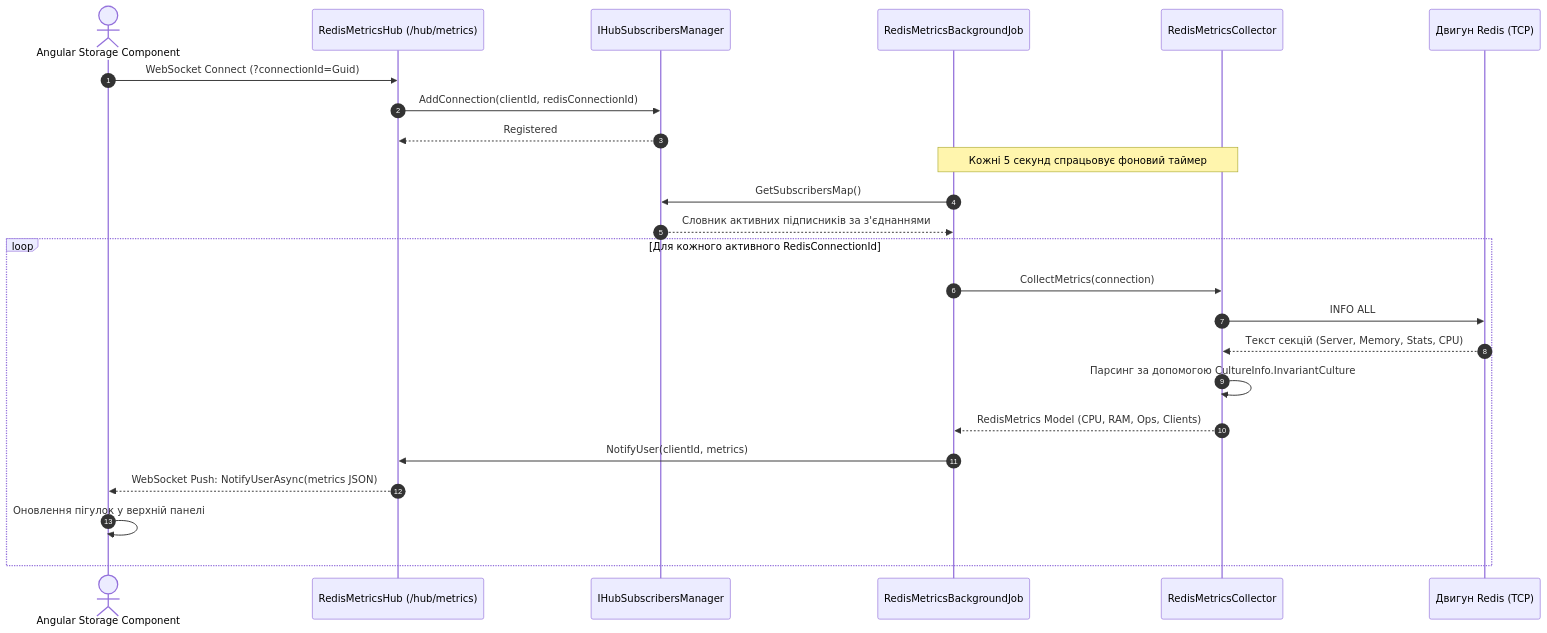
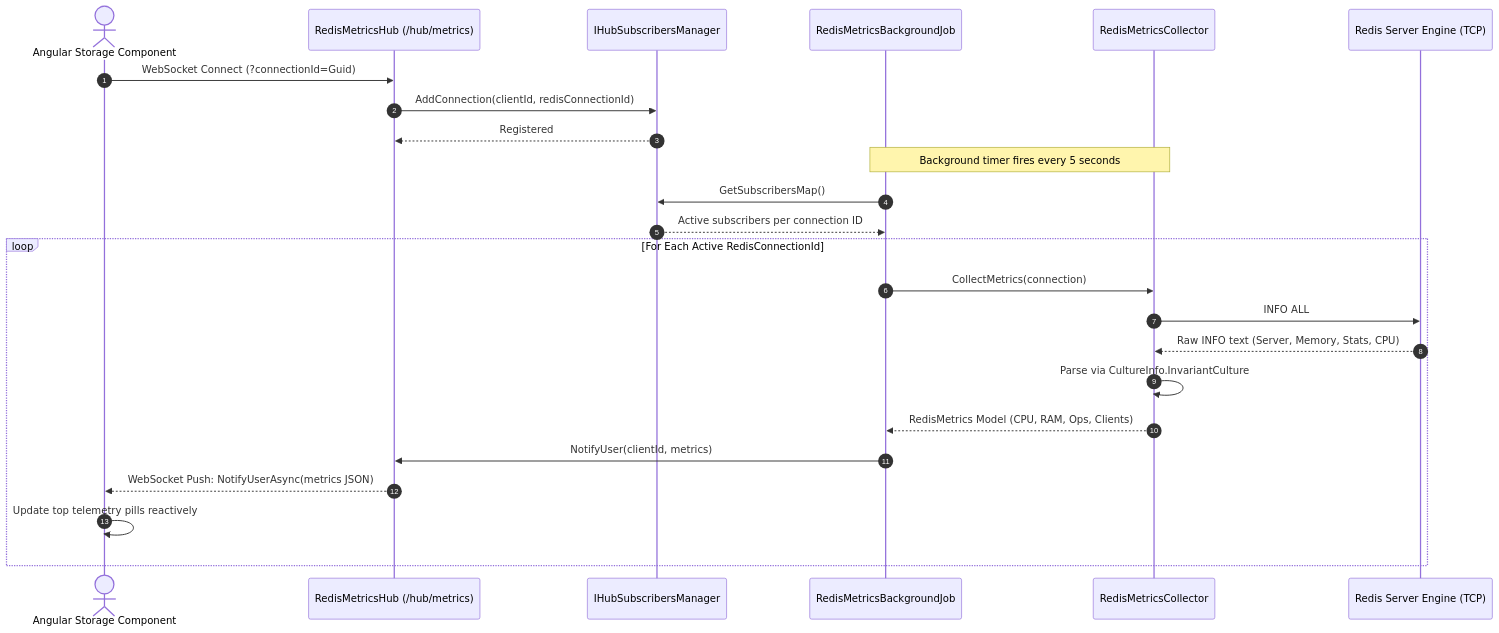
One commit to dellik95/redis-gui changed the fifth of 8 diagrams in docs/diagrams.md. Above: the diagram before and after it, drawn with Mermaid. The commit also changed other lines of this file and 30 other files, not shown here.

````diff
--- a/docs/diagrams.md
+++ b/docs/diagrams.md
@@ -189,29 +189,29 @@
 ```mermaid
 sequenceDiagram
     autonumber
     actor Client as Angular Storage Component
     participant Hub as RedisMetricsHub (/hub/metrics)
     participant SubMgr as IHubSubscribersManager
     participant BgJob as RedisMetricsBackgroundJob
     participant Collector as RedisMetricsCollector
-    participant Redis as Двигун Redis (TCP)
+    participant Redis as Redis Server Engine (TCP)
 
     Client->>Hub: WebSocket Connect (?connectionId=Guid)
     Hub->>SubMgr: AddConnection(clientId, redisConnectionId)
     SubMgr-->>Hub: Registered
 
-    Note over BgJob,Collector: Кожні 5 секунд спрацьовує фоновий таймер
+    Note over BgJob,Collector: Background timer fires every 5 seconds
     BgJob->>SubMgr: GetSubscribersMap()
-    SubMgr-->>BgJob: Словник активних підписників за з'єднаннями
+    SubMgr-->>BgJob: Active subscribers per connection ID
 
-    loop Для кожного активного RedisConnectionId
+    loop For Each Active RedisConnectionId
         BgJob->>Collector: CollectMetrics(connection)
         Collector->>Redis: INFO ALL
-        Redis-->>Collector: Текст секцій (Server, Memory, Stats, CPU)
-        Collector->>Collector: Парсинг за допомогою CultureInfo.InvariantCulture
+        Redis-->>Collector: Raw INFO text (Server, Memory, Stats, CPU)
+        Collector->>Collector: Parse via CultureInfo.InvariantCulture
         Collector-->>BgJob: RedisMetrics Model (CPU, RAM, Ops, Clients)
         BgJob->>Hub: NotifyUser(clientId, metrics)
         Hub-->>Client: WebSocket Push: NotifyUserAsync(metrics JSON)
-        Client->>Client: Оновлення пігулок у верхній панелі
+        Client->>Client: Update top telemetry pills reactively
     end
 ```
````
